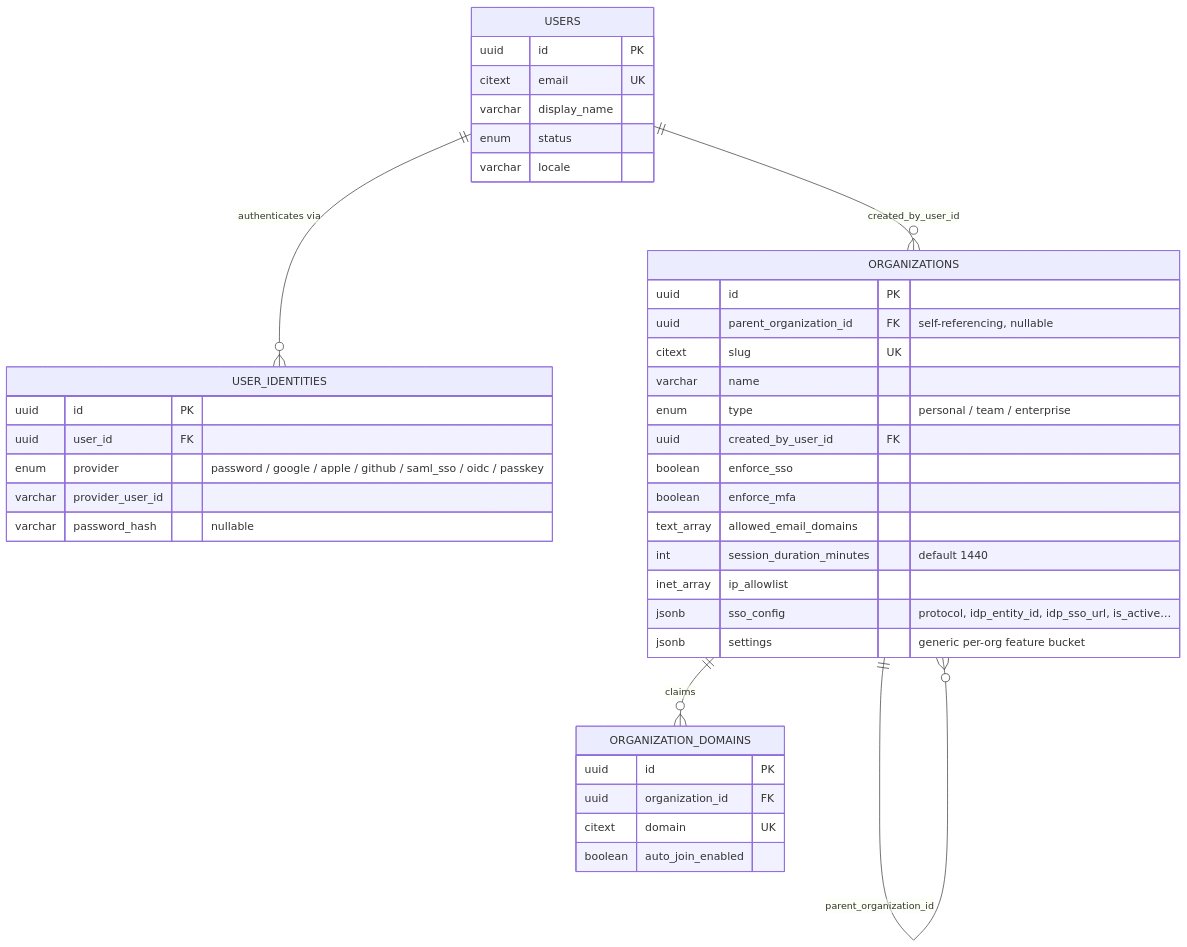
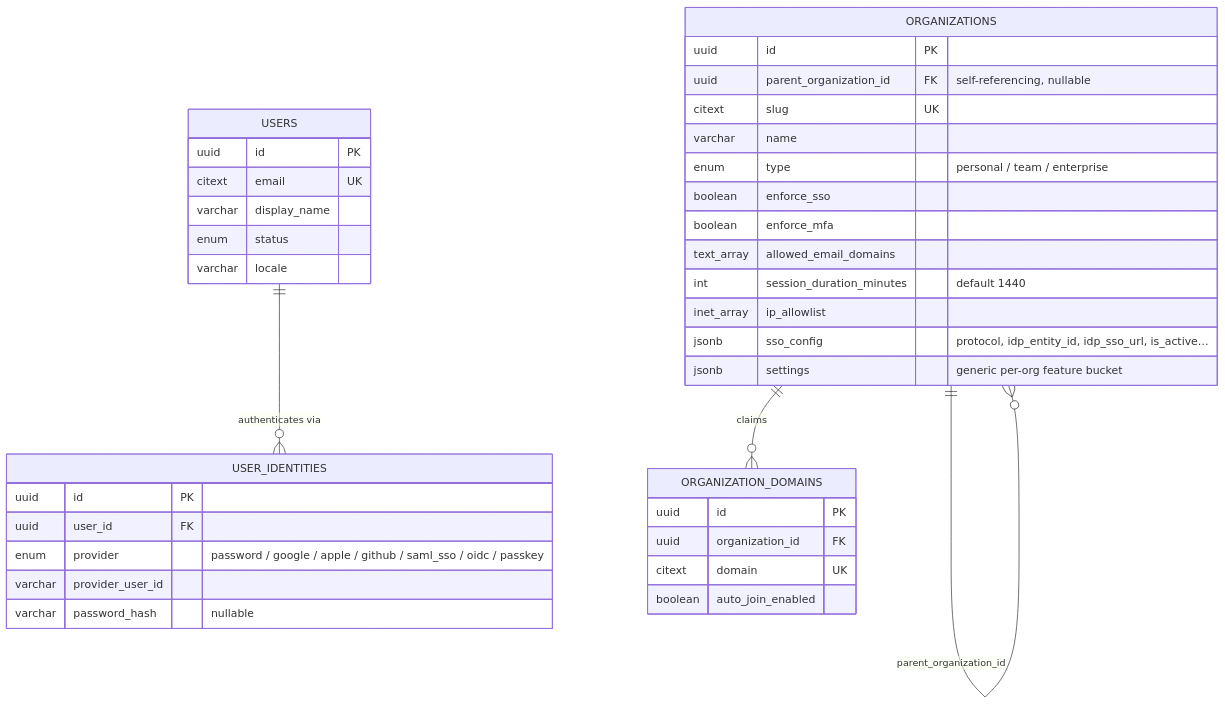
Before and after one commit to fporoli/worktime3: the first of 12 diagrams in docs/DATABASE_SCHEMA.md, drawn with Mermaid. The commit also changed other lines of this file and 16 other files, not shown here.

First line of the commit message:
Refactor database schema and seed data

````diff
--- a/docs/DATABASE_SCHEMA.md
+++ b/docs/DATABASE_SCHEMA.md
@@ -21,43 +21,41 @@
 ```mermaid
 erDiagram
     USERS ||--o{ USER_IDENTITIES : "authenticates via"
-    USERS ||--o{ ORGANIZATIONS : "created_by_user_id"
     ORGANIZATIONS ||--o{ ORGANIZATION_DOMAINS : "claims"
     ORGANIZATIONS ||--o{ ORGANIZATIONS : "parent_organization_id"
 
     USERS {
         uuid id PK
         citext email UK
         varchar display_name
         enum status
         varchar locale
     }
     USER_IDENTITIES {
         uuid id PK
         uuid user_id FK
         enum provider "password / google / apple / github / saml_sso / oidc / passkey"
         varchar provider_user_id
         varchar password_hash "nullable"
     }
     ORGANIZATIONS {
         uuid id PK
         uuid parent_organization_id FK "self-referencing, nullable"
         citext slug UK
         varchar name
         enum type "personal / team / enterprise"
-        uuid created_by_user_id FK
         boolean enforce_sso
         boolean enforce_mfa
         text_array allowed_email_domains
         int session_duration_minutes "default 1440"
         inet_array ip_allowlist
         jsonb sso_config "protocol, idp_entity_id, idp_sso_url, is_active…"
         jsonb settings "generic per-org feature bucket"
     }
     ORGANIZATION_DOMAINS {
         uuid id PK
         uuid organization_id FK
         citext domain UK
         boolean auto_join_enabled
     }
 ```
````
